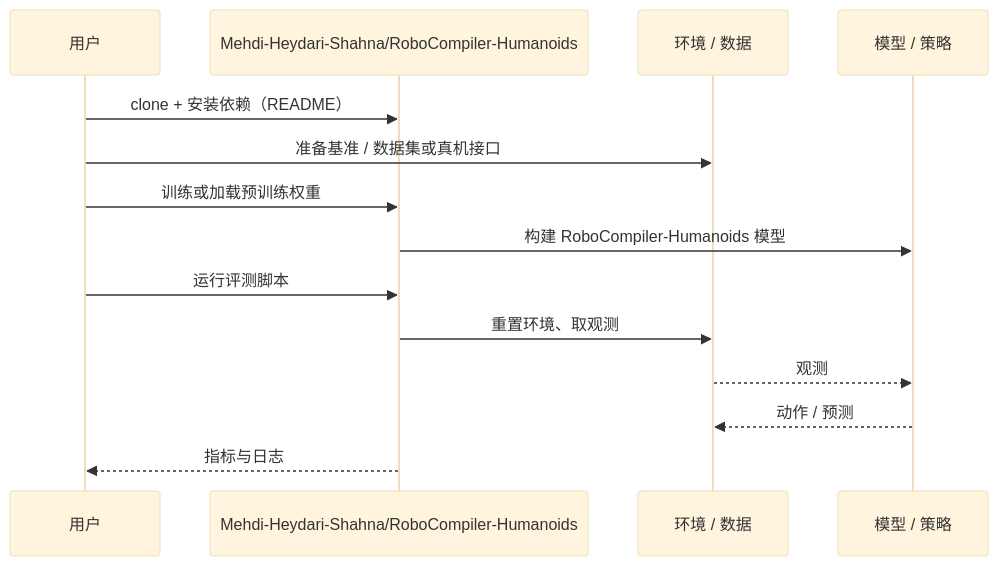
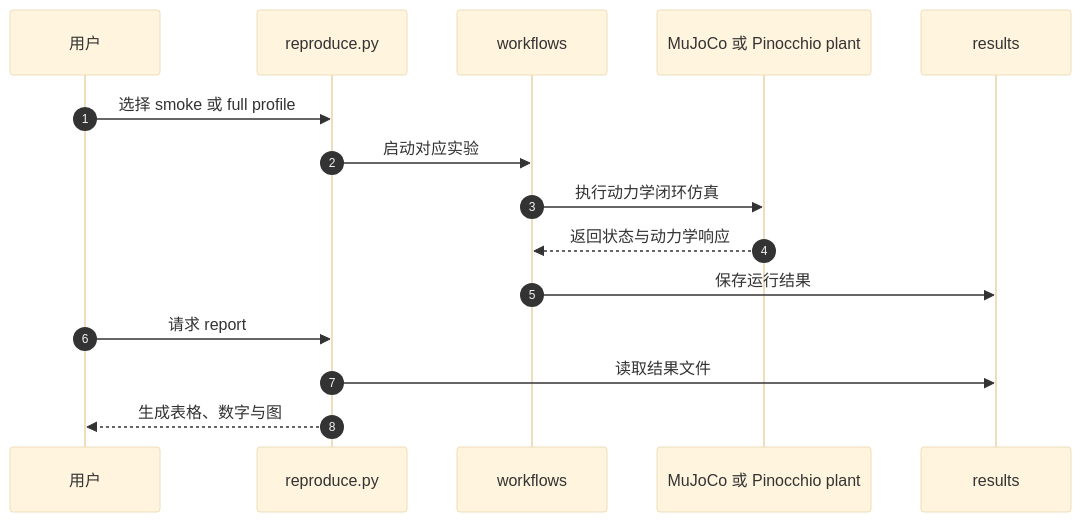
The diagram in wiki/entities/paper-robocompiler-humanoids-composable-dynamics.md (ImChong/Robotics_Notebooks), drawn with Mermaid (base theme) before and after one commit. The commit also changed other lines of this file, not shown here.

Commit message:
[2026-10-26] ingest | wiki/entities/paper-robocompiler-humanoids-composable-dynamics.md — 按一手来源补全方法与验证

````diff
--- a/wiki/entities/paper-robocompiler-humanoids-composable-dynamics.md
+++ b/wiki/entities/paper-robocompiler-humanoids-composable-dynamics.md
@@ -61,16 +68,17 @@
 ```mermaid
 sequenceDiagram
+  autonumber
   participant U as 用户
-  participant R as Mehdi-Heydari-Shahna/RoboCompiler-Humanoids
-  participant E as 环境 / 数据
-  participant M as 模型 / 策略
-  U->>R: clone + 安装依赖（README）
-  U->>E: 准备基准 / 数据集或真机接口
-  U->>R: 训练或加载预训练权重
-  R->>M: 构建 RoboCompiler-Humanoids 模型
-  U->>R: 运行评测脚本
-  R->>E: 重置环境、取观测
-  E-->>M: 观测
-  M-->>E: 动作 / 预测
-  R-->>U: 指标与日志
+  participant R as reproduce.py
+  participant W as workflows
+  participant P as MuJoCo 或 Pinocchio plant
+  participant O as results
+  U->>R: 选择 smoke 或 full profile
+  R->>W: 启动对应实验
+  W->>P: 执行动力学闭环仿真
+  P-->>W: 返回状态与动力学响应
+  W->>O: 保存运行结果
+  U->>R: 请求 report
+  R->>O: 读取结果文件
+  R-->>U: 生成表格、数字与图
 ```
````
